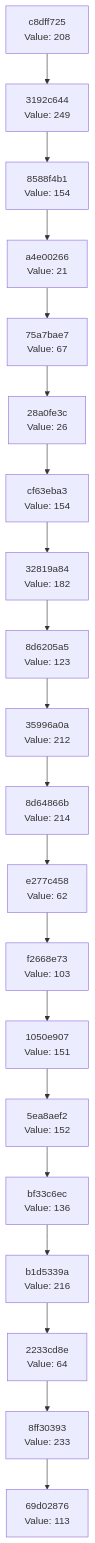
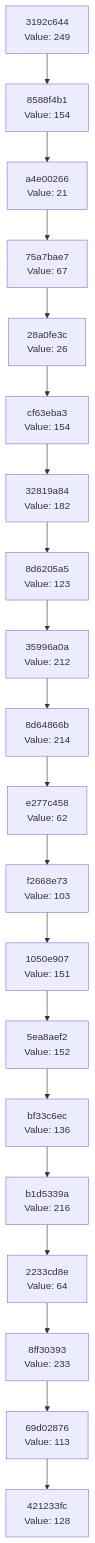
One commit to Abhisheksinha1506/hash-chain-evolver changed the diagram in docs/CHAIN_VISUALIZATION.md. Above: the diagram before and after it, drawn with Mermaid. The commit also changed 3 other files, not shown here.

````diff
--- a/docs/CHAIN_VISUALIZATION.md
+++ b/docs/CHAIN_VISUALIZATION.md
@@ -3,42 +3,42 @@
 ```mermaid
 graph TD
-    C0["69d02876<br/>Value: 113"]
-    C1["8ff30393<br/>Value: 233"]
+    C0["421233fc<br/>Value: 128"]
+    C1["69d02876<br/>Value: 113"]
     C1 --> C0
-    C2["2233cd8e<br/>Value: 64"]
+    C2["8ff30393<br/>Value: 233"]
     C2 --> C1
-    C3["b1d5339a<br/>Value: 216"]
+    C3["2233cd8e<br/>Value: 64"]
     C3 --> C2
-    C4["bf33c6ec<br/>Value: 136"]
+    C4["b1d5339a<br/>Value: 216"]
     C4 --> C3
-    C5["5ea8aef2<br/>Value: 152"]
+    C5["bf33c6ec<br/>Value: 136"]
     C5 --> C4
-    C6["1050e907<br/>Value: 151"]
+    C6["5ea8aef2<br/>Value: 152"]
     C6 --> C5
-    C7["f2668e73<br/>Value: 103"]
+    C7["1050e907<br/>Value: 151"]
     C7 --> C6
-    C8["e277c458<br/>Value: 62"]
+    C8["f2668e73<br/>Value: 103"]
     C8 --> C7
-    C9["8d64866b<br/>Value: 214"]
+    C9["e277c458<br/>Value: 62"]
     C9 --> C8
-    C10["35996a0a<br/>Value: 212"]
+    C10["8d64866b<br/>Value: 214"]
     C10 --> C9
-    C11["8d6205a5<br/>Value: 123"]
+    C11["35996a0a<br/>Value: 212"]
     C11 --> C10
-    C12["32819a84<br/>Value: 182"]
+    C12["8d6205a5<br/>Value: 123"]
     C12 --> C11
-    C13["cf63eba3<br/>Value: 154"]
+    C13["32819a84<br/>Value: 182"]
     C13 --> C12
-    C14["28a0fe3c<br/>Value: 26"]
+    C14["cf63eba3<br/>Value: 154"]
     C14 --> C13
-    C15["75a7bae7<br/>Value: 67"]
+    C15["28a0fe3c<br/>Value: 26"]
     C15 --> C14
-    C16["a4e00266<br/>Value: 21"]
+    C16["75a7bae7<br/>Value: 67"]
     C16 --> C15
-    C17["8588f4b1<br/>Value: 154"]
+    C17["a4e00266<br/>Value: 21"]
     C17 --> C16
-    C18["3192c644<br/>Value: 249"]
+    C18["8588f4b1<br/>Value: 154"]
     C18 --> C17
-    C19["c8dff725<br/>Value: 208"]
+    C19["3192c644<br/>Value: 249"]
     C19 --> C18
 ```
````
